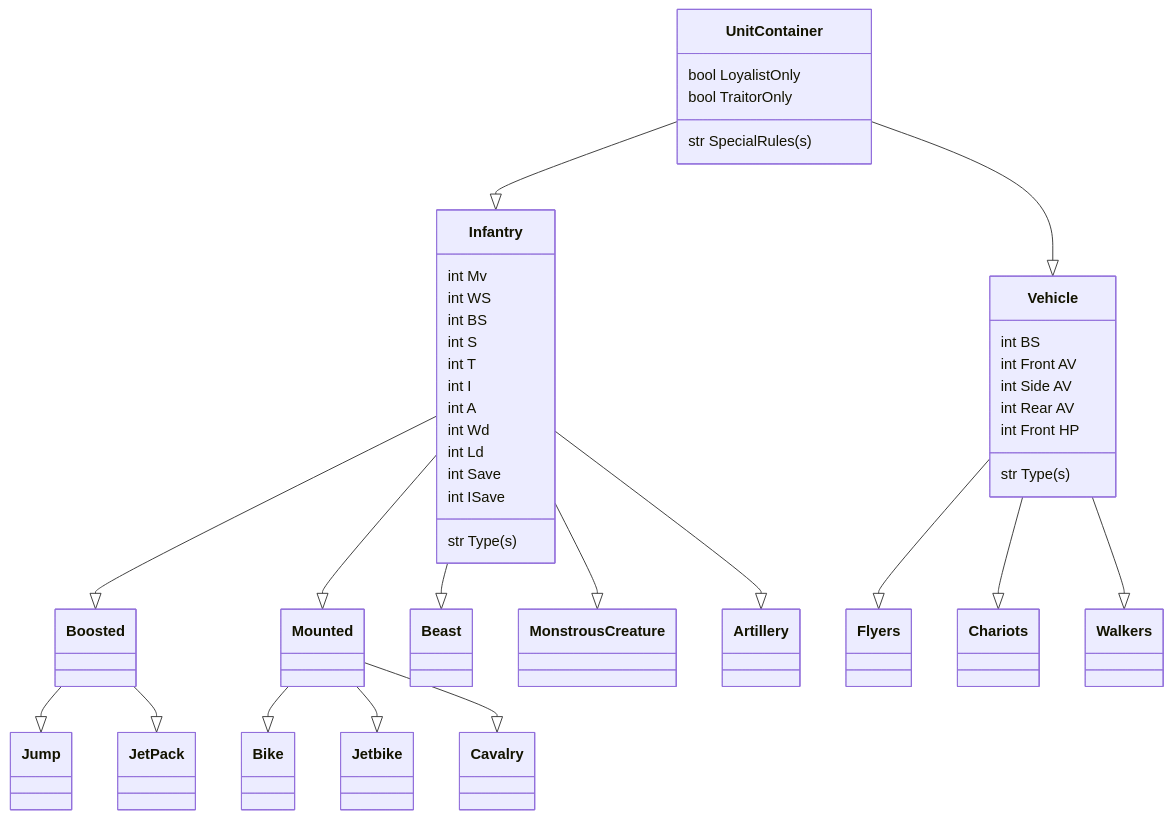
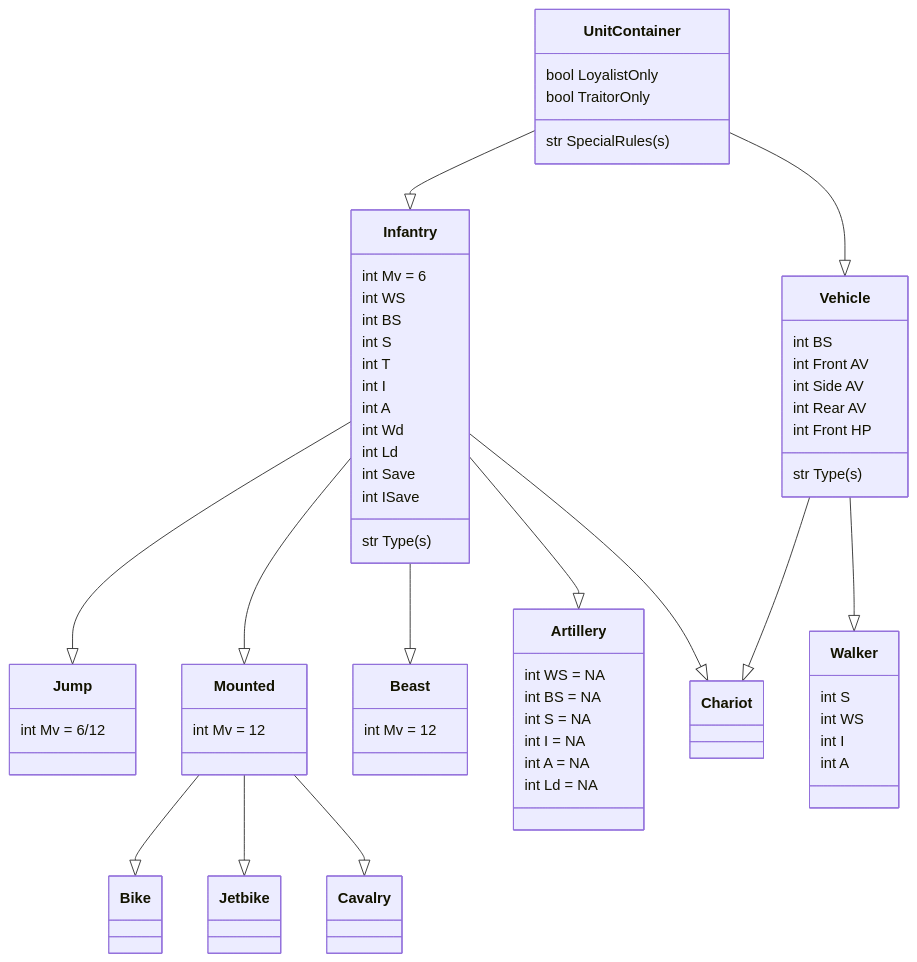
The second of 2 diagrams in ReadMe.md (Argel-Tal/HorusHeresy-1.0-TTAdmiral), drawn with Mermaid before and after one commit. The commit also changed other lines of this file, not shown here.

Commit message:
added example cases thinned down unit type diagram, will just do stuff like Monster via keyword as stats are no diff. Outlined those w/ stat diffs

````diff
--- a/ReadMe.md
+++ b/ReadMe.md
@@ -116,39 +78,49 @@
 ```mermaid
 classDiagram
 UnitContainer --|> Infantry
 UnitContainer --|> Vehicle
 UnitContainer : str SpecialRules(s)
 UnitContainer : bool LoyalistOnly
 UnitContainer : bool TraitorOnly
-Infantry --|> Boosted
+Infantry --|> Jump
 Infantry --|> Mounted
 Infantry --|> Beast
-Infantry --|> Monstrous Creature
 Infantry --|> Artillery
-Boosted --|> Jump
-Boosted --|> Jet Pack
 Mounted --|> Bike
 Mounted --|> Jetbike
 Mounted --|> Cavalry
-Vehicle --|> Flyers
-Vehicle --|> Chariots
-Vehicle --|> Walkers
-Infantry : int Mv
+Infantry --|> Chariot
+Vehicle --|> Chariot
+Vehicle --|> Walker
+Infantry : int Mv = 6
 Infantry : int WS
 Infantry : int BS
 Infantry : int S
 Infantry : int T
 Infantry : int I
 Infantry : int A
 Infantry : int Wd
 Infantry : int Ld
 Infantry : int Save
 Infantry : int ISave
 Infantry : str Type(s)
 Vehicle : int BS
 Vehicle : int Front AV
 Vehicle : int Side AV
 Vehicle : int Rear AV
 Vehicle : int Front HP
 Vehicle : str Type(s)
+Walker  :   int S
+Walker  :   int WS
+Walker  :   int I
+Walker  :   int A
+Mounted :   int Mv = 12
+Beast :   int Mv = 12
+Jump    :   int Mv = 6/12
+Artillery   :   int WS = NA
+Artillery   :   int BS = NA
+Artillery   :   int S = NA
+Artillery   :   int I = NA
+Artillery   :   int A = NA
+Artillery   :   int Ld = NA
 ```
````
